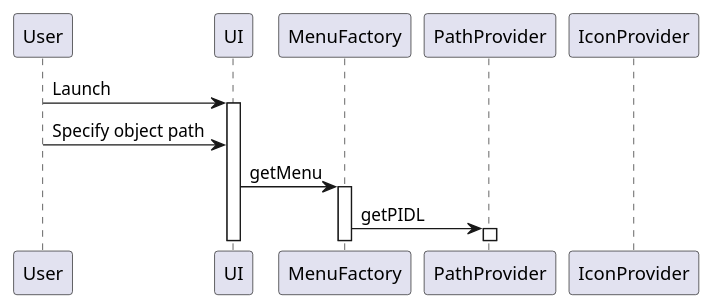
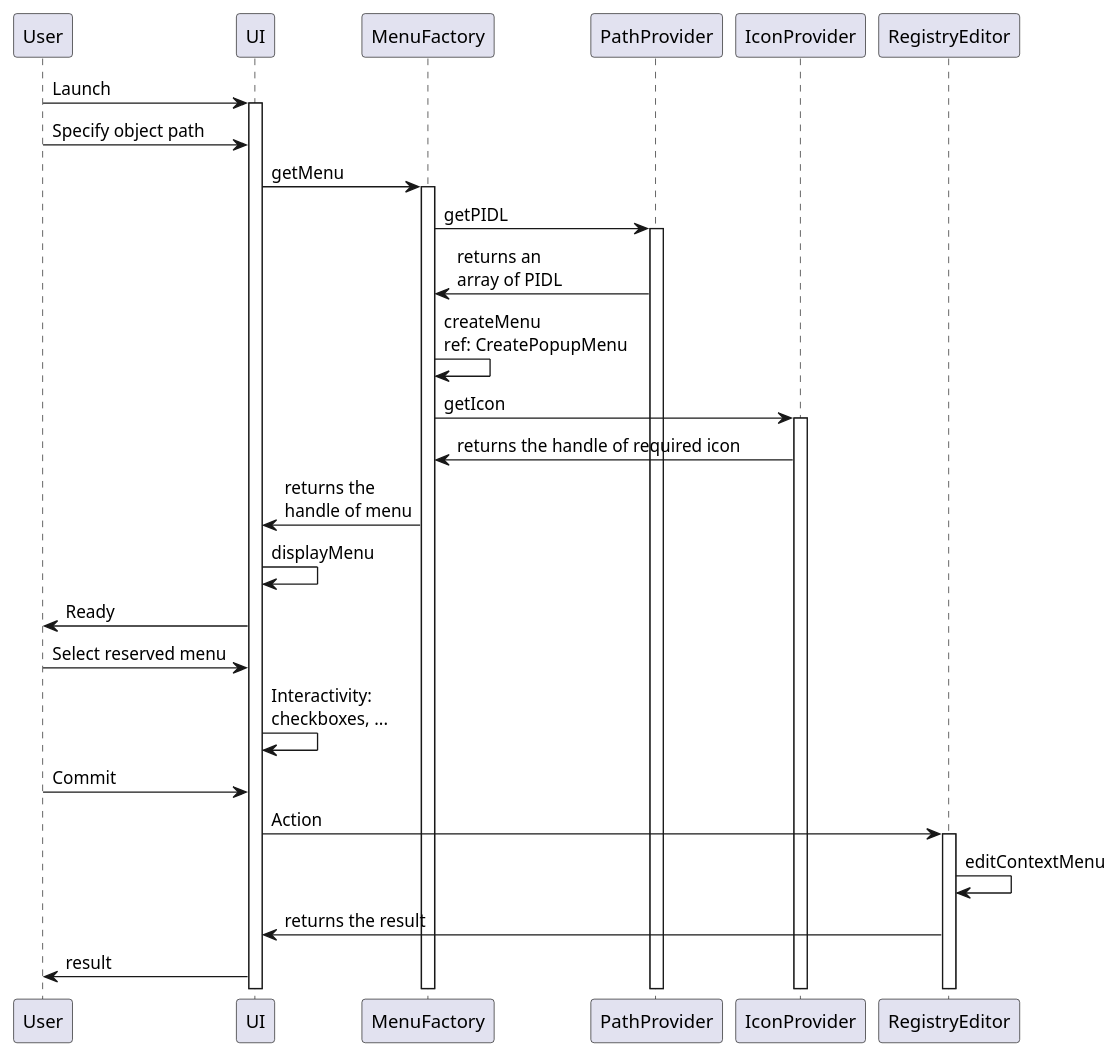
Before and after one commit to ly-east/MenuDog: the diagram in doc/seq_show_context_menu.puml, drawn with PlantUML.

Commit message:
[doc]Finish the sequence of first edition

```diff
--- a/doc/seq_show_context_menu.puml
+++ b/doc/seq_show_context_menu.puml
@@ -1,21 +1,41 @@
 @startuml ShowContextMenu
 
 participant User
 participant UI
 participant MenuFactory
 participant PathProvider
 participant IconProvider
+participant RegistryEditor
 
 User -> UI: Launch
 activate UI
 
 User -> UI: Specify object path
 UI -> MenuFactory: getMenu
 activate MenuFactory
 
 MenuFactory -> PathProvider: getPIDL
 activate PathProvider
+PathProvider -> MenuFactory: returns an\narray of PIDL
 
+MenuFactory -> MenuFactory: createMenu\nref: CreatePopupMenu
+MenuFactory -> IconProvider: getIcon
+activate IconProvider
+IconProvider -> MenuFactory: returns the handle of required icon
 
+MenuFactory -> UI: returns the\nhandle of menu
+UI -> UI: displayMenu
+UI -> User: Ready
+
+User -> UI: Select reserved menu
+UI -> UI: Interactivity:\ncheckboxes, ...
+
+User -> UI: Commit
+UI -> RegistryEditor: Action
+activate RegistryEditor
+
+RegistryEditor -> RegistryEditor: editContextMenu
+RegistryEditor -> UI: returns the result
+UI -> User: result
 
 @enduml
```
